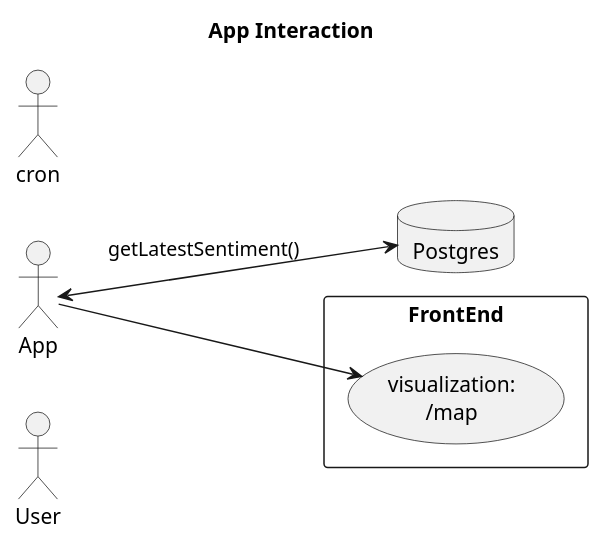
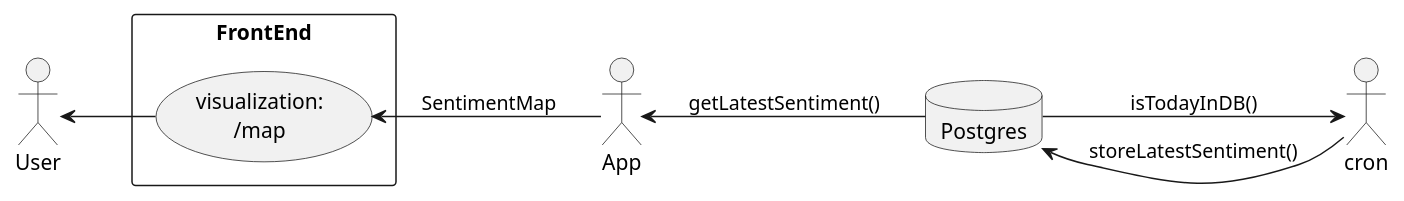
Before and after one commit to andreariba/MarketSentimentApp: the diagram in doc/app.puml, drawn with PlantUML.

```diff
--- a/doc/app.puml
+++ b/doc/app.puml
@@ -1,22 +1,27 @@
 @startuml
-title "App Interaction"
 
 left to right direction
 
 actor "User" as user
 
 rectangle FrontEnd {
     usecase "visualization:\n/map" as visualize
 }
 
 actor "App" as App
 
+database "Postgres" as db
+
 actor "cron" as cron
 
-database "Postgres" as db
+user <-- visualize
 
-App <--> db : "getLatestSentiment()"
+visualize <-- App :  "SentimentMap"
 
-App --> visualize
+App <-- db : "getLatestSentiment()"
+
+cron --> db : "storeLatestSentiment()"
+
+db --> cron : "isTodayInDB()"
 
 @enduml
```
